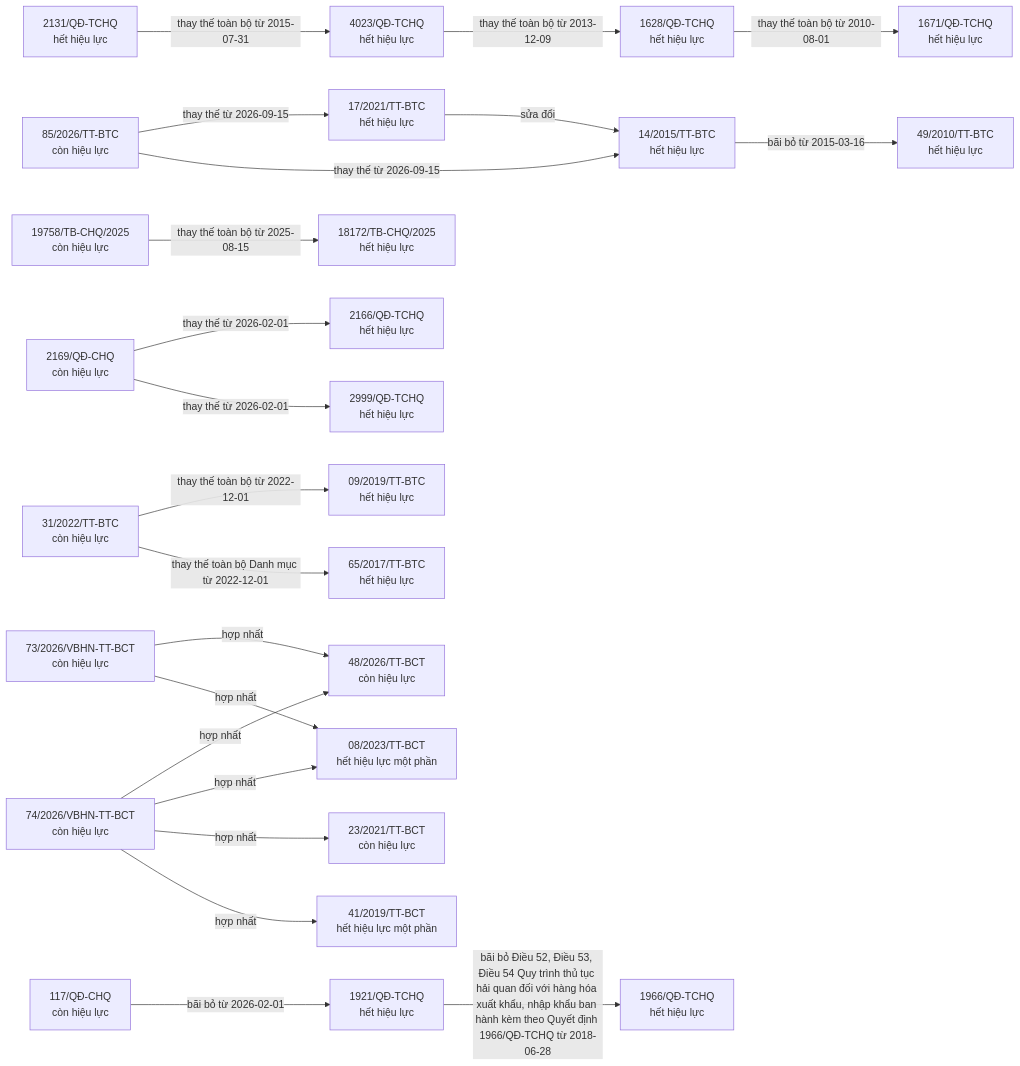
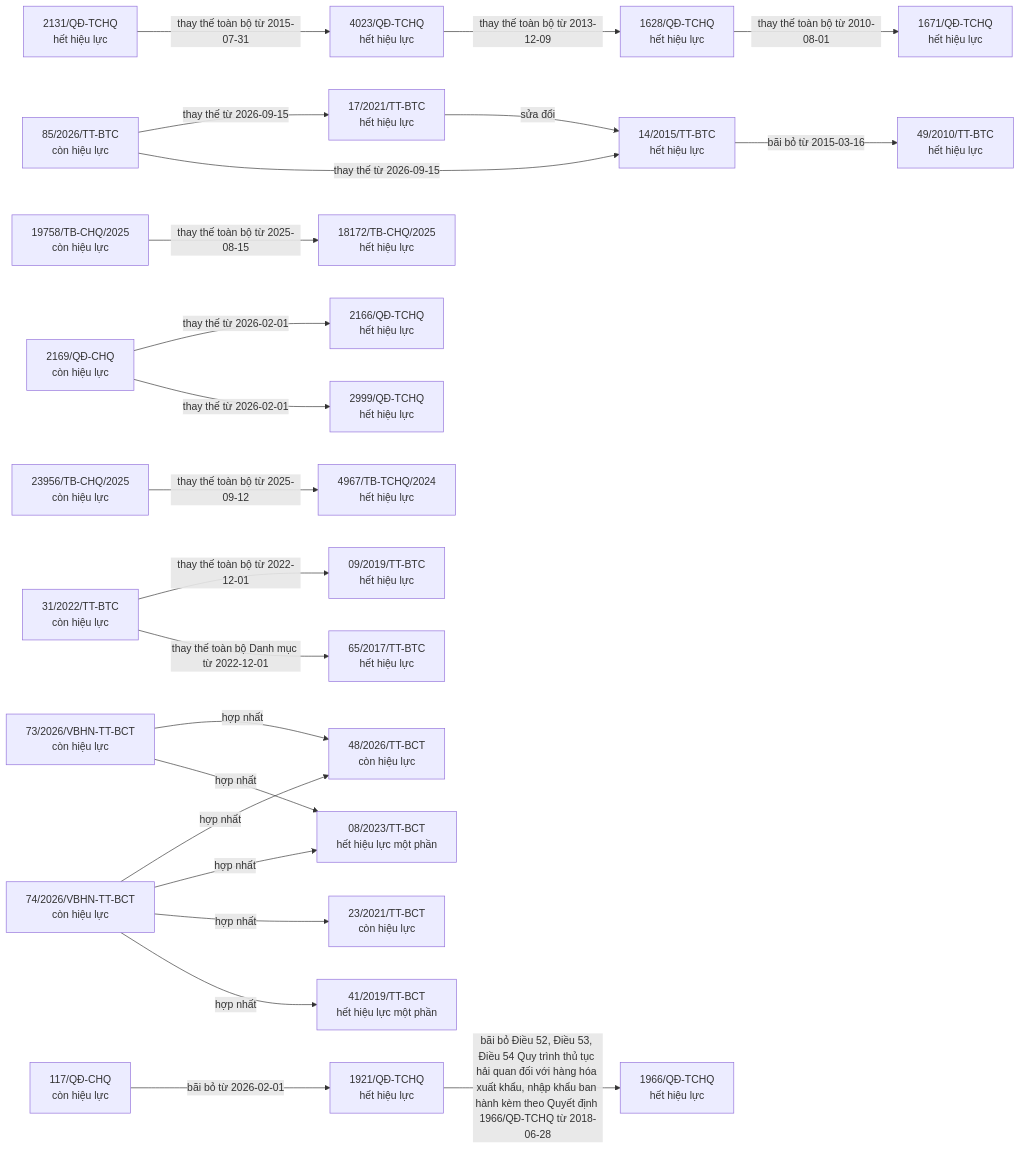
The fourth of 9 diagrams in bao-cao/quan-he.md (ozvietnam/oz-wiki-plhq), drawn with Mermaid before and after one commit. The commit also changed 5 other files, not shown here.

First line of the commit message:
Nạp bậc A TB-CHQ 23956 (thay 4967 → HS 8704.60.29) — OZV-2032 (#704)

````diff
--- a/bao-cao/quan-he.md
+++ b/bao-cao/quan-he.md
@@ -468,48 +468,51 @@
 ```mermaid
 flowchart LR
   n_117_Q__CHQ["117/QĐ-CHQ<br/>còn hiệu lực"]
   n_1921_Q__TCHQ["1921/QĐ-TCHQ<br/>hết hiệu lực"]
   n_14_2015_TT_BTC["14/2015/TT-BTC<br/>hết hiệu lực"]
   n_49_2010_TT_BTC["49/2010/TT-BTC<br/>hết hiệu lực"]
   n_1628_Q__TCHQ["1628/QĐ-TCHQ<br/>hết hiệu lực"]
   n_1671_Q__TCHQ["1671/QĐ-TCHQ<br/>hết hiệu lực"]
   n_17_2021_TT_BTC["17/2021/TT-BTC<br/>hết hiệu lực"]
   n_1966_Q__TCHQ["1966/QĐ-TCHQ<br/>hết hiệu lực"]
   n_19758_TB_CHQ_2025["19758/TB-CHQ/2025<br/>còn hiệu lực"]
   n_18172_TB_CHQ_2025["18172/TB-CHQ/2025<br/>hết hiệu lực"]
   n_2131_Q__TCHQ["2131/QĐ-TCHQ<br/>hết hiệu lực"]
   n_4023_Q__TCHQ["4023/QĐ-TCHQ<br/>hết hiệu lực"]
   n_2169_Q__CHQ["2169/QĐ-CHQ<br/>còn hiệu lực"]
   n_2999_Q__TCHQ["2999/QĐ-TCHQ<br/>hết hiệu lực"]
   n_2166_Q__TCHQ["2166/QĐ-TCHQ<br/>hết hiệu lực"]
+  n_23956_TB_CHQ_2025["23956/TB-CHQ/2025<br/>còn hiệu lực"]
+  n_4967_TB_TCHQ_2024["4967/TB-TCHQ/2024<br/>hết hiệu lực"]
   n_31_2022_TT_BTC["31/2022/TT-BTC<br/>còn hiệu lực"]
   n_65_2017_TT_BTC["65/2017/TT-BTC<br/>hết hiệu lực"]
   n_09_2019_TT_BTC["09/2019/TT-BTC<br/>hết hiệu lực"]
   n_73_2026_VBHN_TT_BCT["73/2026/VBHN-TT-BCT<br/>còn hiệu lực"]
   n_08_2023_TT_BCT["08/2023/TT-BCT<br/>hết hiệu lực một phần"]
   n_48_2026_TT_BCT["48/2026/TT-BCT<br/>còn hiệu lực"]
   n_74_2026_VBHN_TT_BCT["74/2026/VBHN-TT-BCT<br/>còn hiệu lực"]
   n_41_2019_TT_BCT["41/2019/TT-BCT<br/>hết hiệu lực một phần"]
   n_23_2021_TT_BCT["23/2021/TT-BCT<br/>còn hiệu lực"]
   n_85_2026_TT_BTC["85/2026/TT-BTC<br/>còn hiệu lực"]
   n_117_Q__CHQ -->|bãi bỏ từ 2026-02-01| n_1921_Q__TCHQ
   n_14_2015_TT_BTC -->|bãi bỏ từ 2015-03-16| n_49_2010_TT_BTC
   n_1628_Q__TCHQ -->|thay thế toàn bộ từ 2010-08-01| n_1671_Q__TCHQ
   n_17_2021_TT_BTC -->|sửa đổi| n_14_2015_TT_BTC
   n_1921_Q__TCHQ -->|bãi bỏ Điều 52, Điều 53, Điều 54 Quy trình thủ tục hải quan đối với hàng hóa xuất khẩu, nhập khẩu ban hành kèm theo Quyết định 1966/QĐ-TCHQ từ 2018-06-28| n_1966_Q__TCHQ
   n_19758_TB_CHQ_2025 -->|thay thế toàn bộ từ 2025-08-15| n_18172_TB_CHQ_2025
   n_2131_Q__TCHQ -->|thay thế toàn bộ từ 2015-07-31| n_4023_Q__TCHQ
   n_2169_Q__CHQ -->|thay thế từ 2026-02-01| n_2999_Q__TCHQ
   n_2169_Q__CHQ -->|thay thế từ 2026-02-01| n_2166_Q__TCHQ
+  n_23956_TB_CHQ_2025 -->|thay thế toàn bộ từ 2025-09-12| n_4967_TB_TCHQ_2024
   n_31_2022_TT_BTC -->|thay thế toàn bộ Danh mục từ 2022-12-01| n_65_2017_TT_BTC
   n_31_2022_TT_BTC -->|thay thế toàn bộ từ 2022-12-01| n_09_2019_TT_BTC
   n_4023_Q__TCHQ -->|thay thế toàn bộ từ 2013-12-09| n_1628_Q__TCHQ
   n_73_2026_VBHN_TT_BCT -->|hợp nhất| n_08_2023_TT_BCT
   n_73_2026_VBHN_TT_BCT -->|hợp nhất| n_48_2026_TT_BCT
   n_74_2026_VBHN_TT_BCT -->|hợp nhất| n_41_2019_TT_BCT
   n_74_2026_VBHN_TT_BCT -->|hợp nhất| n_23_2021_TT_BCT
   n_74_2026_VBHN_TT_BCT -->|hợp nhất| n_08_2023_TT_BCT
   n_74_2026_VBHN_TT_BCT -->|hợp nhất| n_48_2026_TT_BCT
   n_85_2026_TT_BTC -->|thay thế từ 2026-09-15| n_14_2015_TT_BTC
   n_85_2026_TT_BTC -->|thay thế từ 2026-09-15| n_17_2021_TT_BTC
 ```
````
